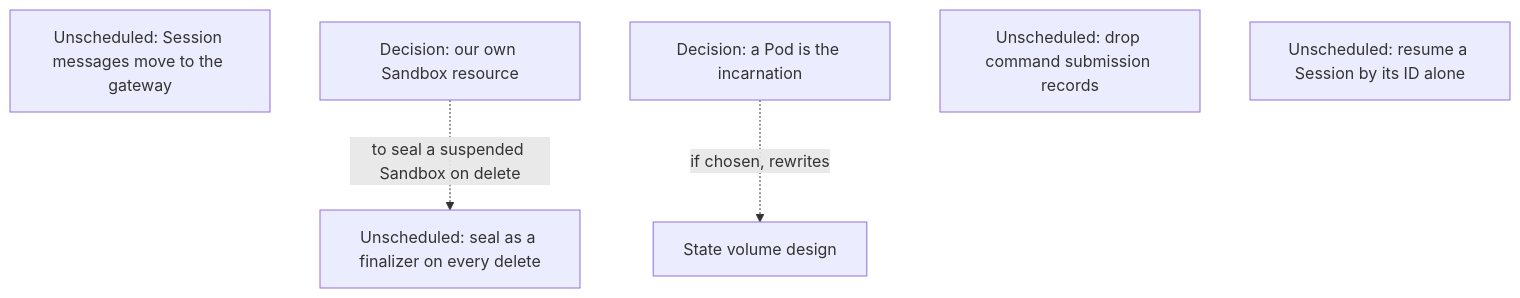
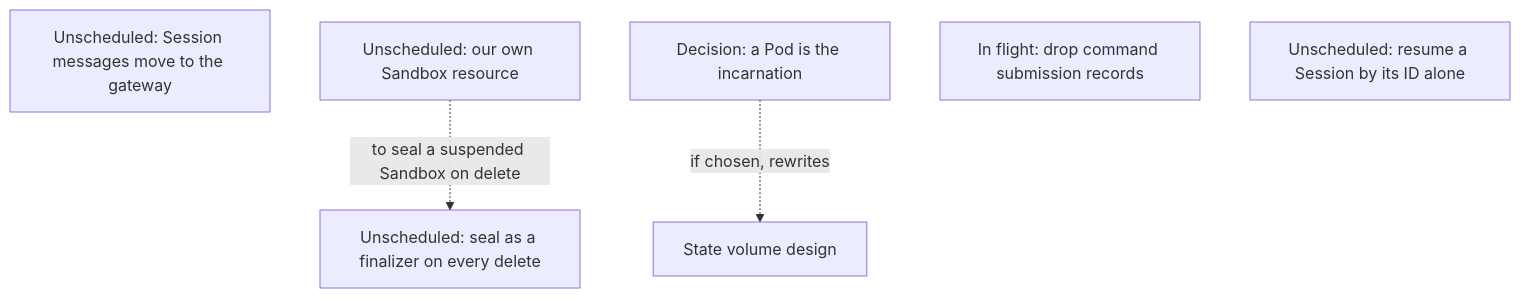
Before and after one commit to agentydragon-agent/ducktape: diagram 13 of 14 in agentplane/plans/task_dag.md, drawn with Mermaid. The commit also changed other lines of this file, not shown here.

First line of the commit message:
agentplane/plans: bring the task DAG up to date (#10112)

````diff
--- a/agentplane/plans/task_dag.md
+++ b/agentplane/plans/task_dag.md
@@ -748,11 +783,11 @@
 ```mermaid
 flowchart TD
     GATEWAY_CLIENT_SPLIT[Unscheduled: Session messages move to the gateway]
-    AGENTPLANE_SANDBOX_RESOURCE[Decision: our own Sandbox resource]
+    AGENTPLANE_SANDBOX_RESOURCE[Unscheduled: our own Sandbox resource]
     POD_INCARNATION[Decision: a Pod is the incarnation]
     SEAL_FINALIZER[Unscheduled: seal as a finalizer on every delete]
-    COMMAND_RECORDS_RETIRE[Unscheduled: drop command submission records]
+    COMMAND_RECORDS_RETIRE[In flight: drop command submission records]
     RESUME_BY_SESSION_ID[Unscheduled: resume a Session by its ID alone]
     AGENTPLANE_SANDBOX_RESOURCE -. to seal a suspended Sandbox on delete .-> SEAL_FINALIZER
     POD_INCARNATION -. if chosen, rewrites .-> SESSION_STATE_VOLUME_DESIGN[State volume design]
 ```
````
